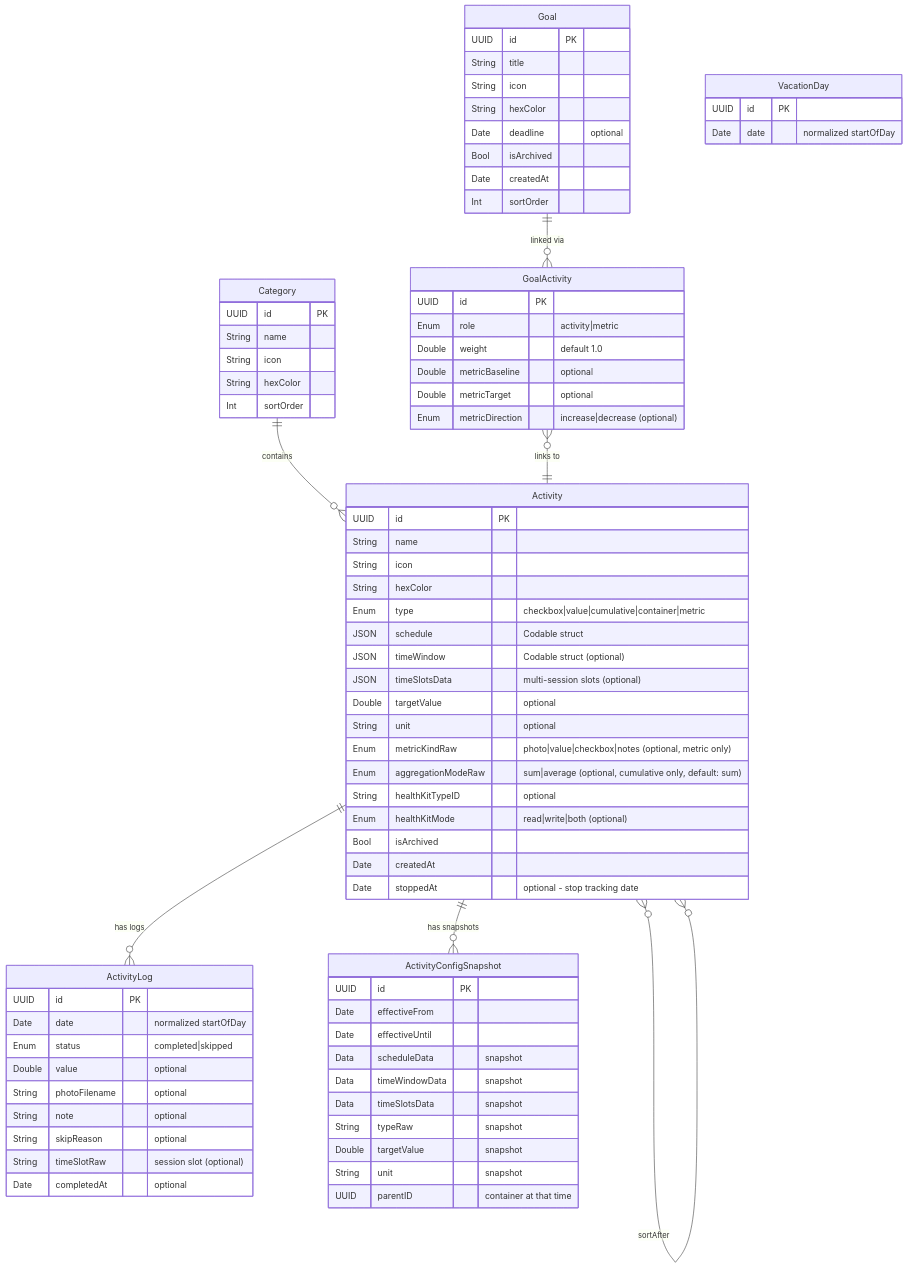
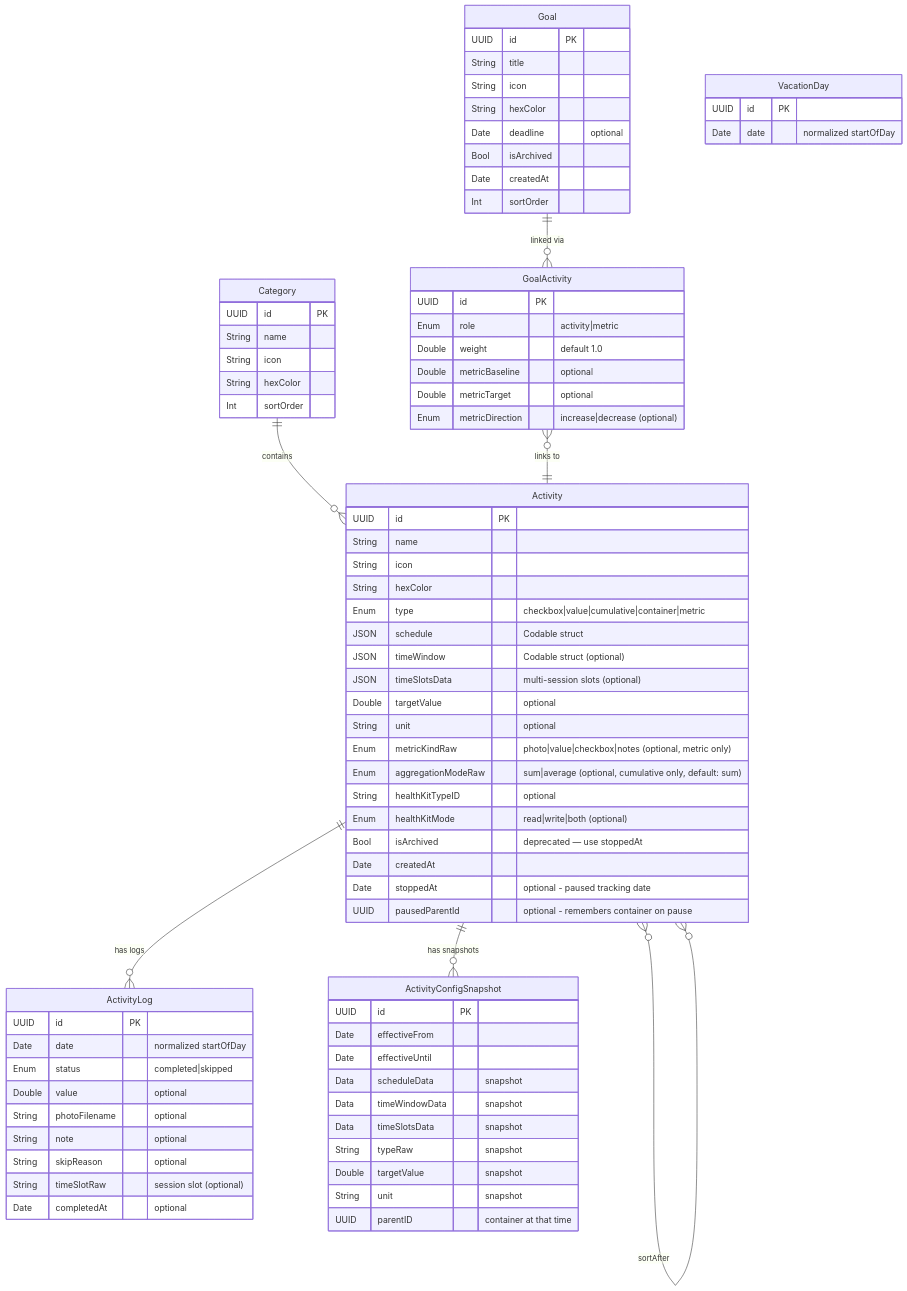
Before and after one commit to samg2003/personal_activity_tracking: the second of 2 diagrams in docs/ARCHITECTURE.md, drawn with Mermaid. The commit also changed other lines of this file and 10 other files, not shown here.

```diff
--- a/docs/ARCHITECTURE.md
+++ b/docs/ARCHITECTURE.md
@@ -85,9 +85,10 @@
         Enum aggregationModeRaw "sum|average (optional, cumulative only, default: sum)"
         String healthKitTypeID "optional"
         Enum healthKitMode "read|write|both (optional)"
-        Bool isArchived
+        Bool isArchived "deprecated — use stoppedAt"
         Date createdAt
-        Date stoppedAt "optional - stop tracking date"
+        Date stoppedAt "optional - paused tracking date"
+        UUID pausedParentId "optional - remembers container on pause"
     }
 
     ActivityLog {
```
